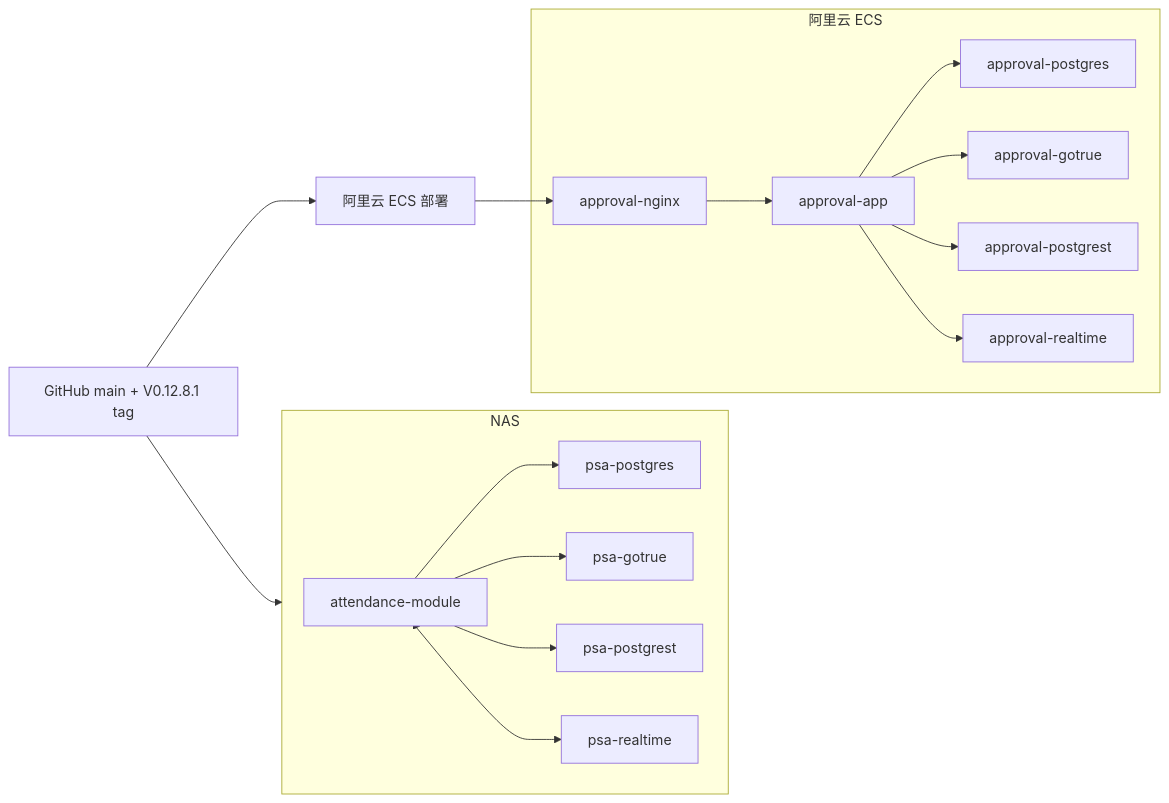
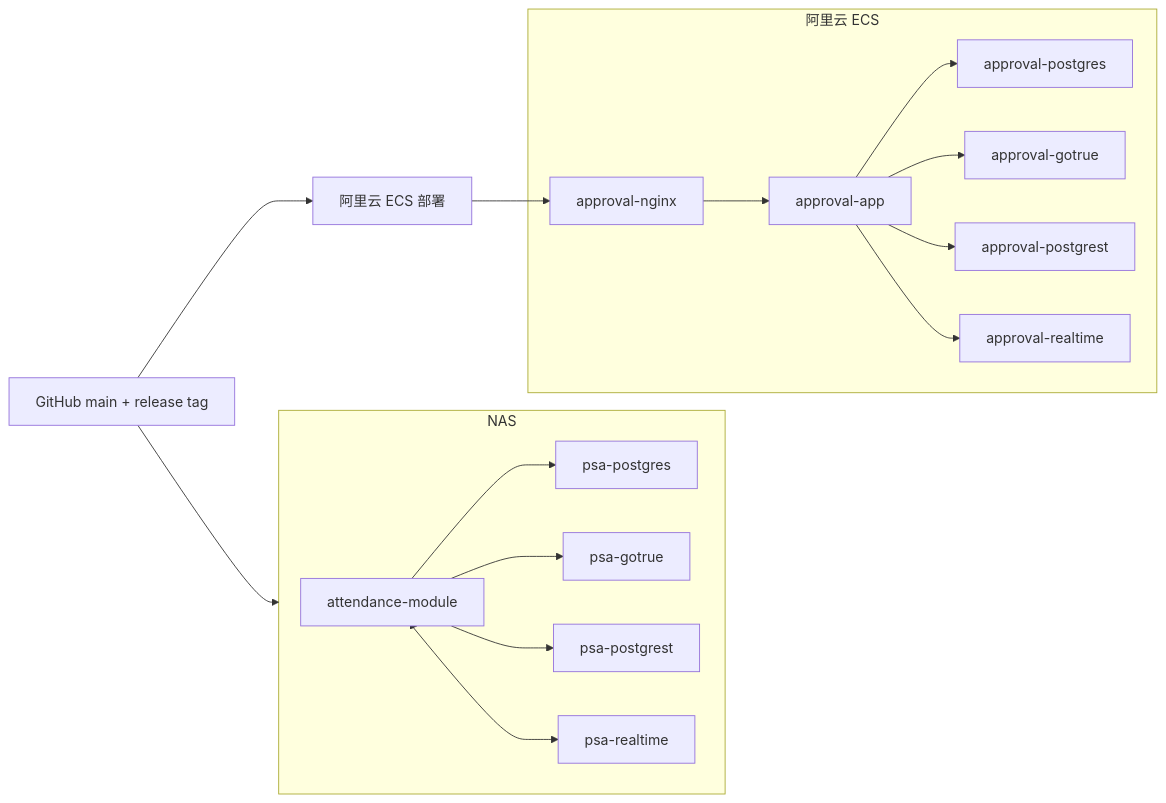
Before and after one commit to RCHui000/attendance-module: the third of 6 diagrams in PRD_V0.12.md, drawn with Mermaid. The commit also changed other lines of this file and 16 other files, not shown here.

````diff
--- a/PRD_V0.12.md
+++ b/PRD_V0.12.md
@@ -98,35 +100,35 @@
 ```mermaid
 flowchart LR
-  G["GitHub main + V0.12.8.1 tag"] --> NAS["NAS 局域网部署"]
+  G["GitHub main + release tag"] --> NAS["NAS 局域网部署"]
   G --> ALI["阿里云 ECS 部署"]
 
   subgraph "NAS"
     NAPP["attendance-module"]
     NPG["psa-postgres"]
     NAUTH["psa-gotrue"]
     NREST["psa-postgrest"]
     NRT["psa-realtime"]
   end
 
   subgraph "阿里云 ECS"
     ANG["approval-nginx"]
     AAPP["approval-app"]
     APG["approval-postgres"]
     AAUTH["approval-gotrue"]
     AREST["approval-postgrest"]
     ART["approval-realtime"]
   end
 
   NAS --> NAPP
   NAPP --> NPG
   NAPP --> NAUTH
   NAPP --> NREST
   NAPP --> NRT
 
   ALI --> ANG
   ANG --> AAPP
   AAPP --> APG
   AAPP --> AAUTH
   AAPP --> AREST
   AAPP --> ART
 ```
````
